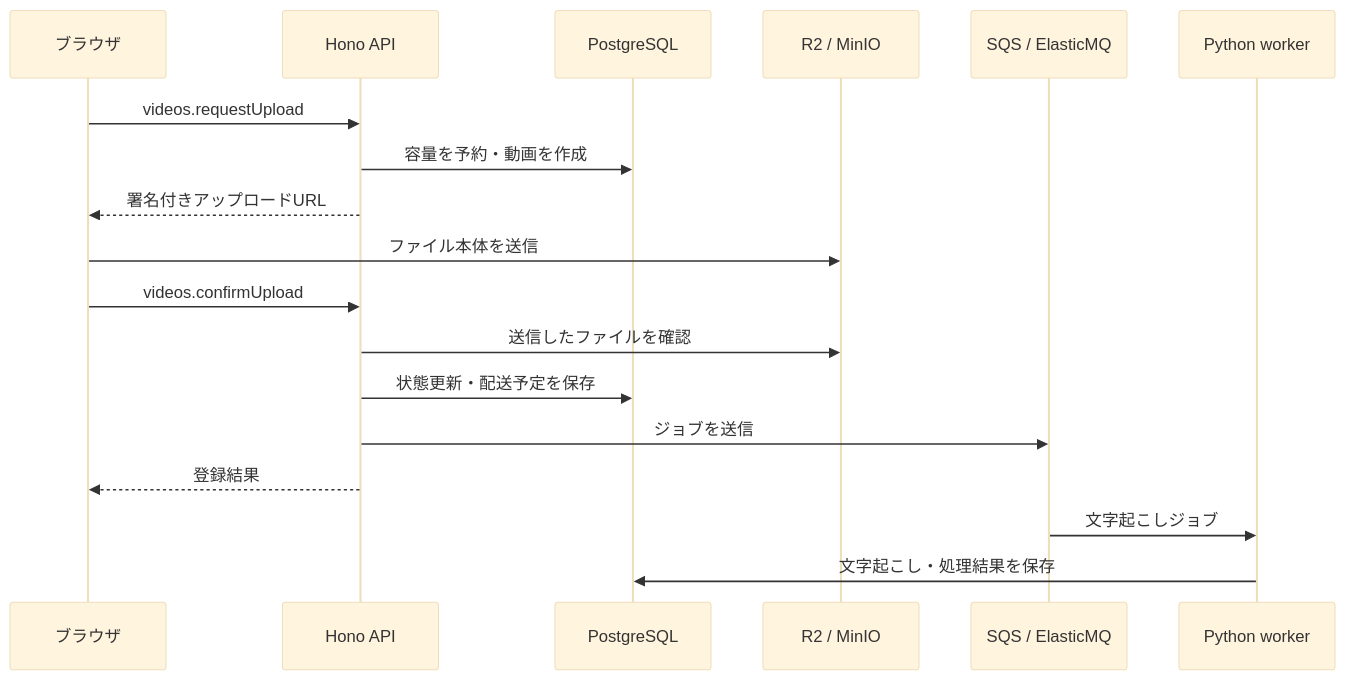
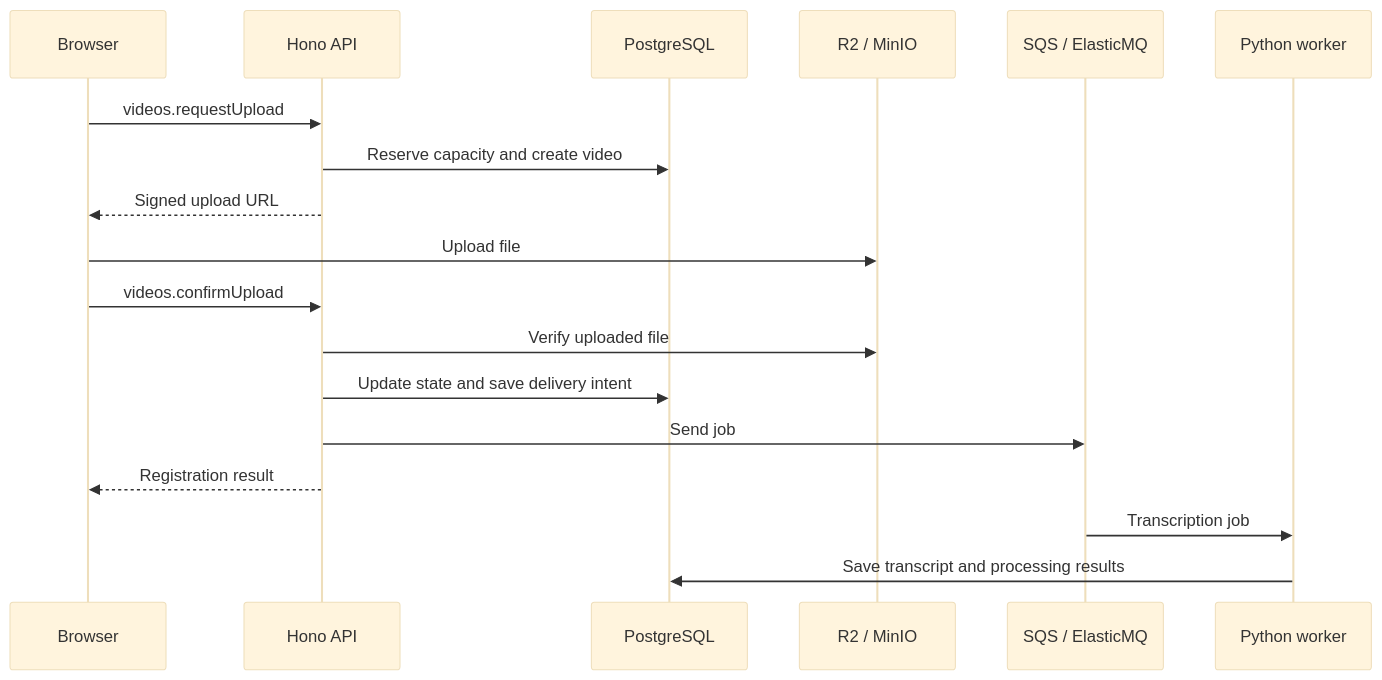
Before and after one commit to yukiharada1228/videoq: the first of 3 diagrams in docs/design/sequence-diagram.md, drawn with Mermaid (base theme). The commit also changed other lines of this file and 79 other files, not shown here.

````diff
--- a/docs/design/sequence-diagram.md
+++ b/docs/design/sequence-diagram.md
@@ -12,20 +12,20 @@
 ```mermaid
 sequenceDiagram
-    participant User as ブラウザ
+    participant User as Browser
     participant API as Hono API
     participant DB as PostgreSQL
     participant Store as R2 / MinIO
     participant Queue as SQS / ElasticMQ
     participant Worker as Python worker
     User->>API: videos.requestUpload
-    API->>DB: 容量を予約・動画を作成
-    API-->>User: 署名付きアップロードURL
-    User->>Store: ファイル本体を送信
+    API->>DB: Reserve capacity and create video
+    API-->>User: Signed upload URL
+    User->>Store: Upload file
     User->>API: videos.confirmUpload
-    API->>Store: 送信したファイルを確認
-    API->>DB: 状態更新・配送予定を保存
-    API->>Queue: ジョブを送信
-    API-->>User: 登録結果
-    Queue->>Worker: 文字起こしジョブ
-    Worker->>DB: 文字起こし・処理結果を保存
+    API->>Store: Verify uploaded file
+    API->>DB: Update state and save delivery intent
+    API->>Queue: Send job
+    API-->>User: Registration result
+    Queue->>Worker: Transcription job
+    Worker->>DB: Save transcript and processing results
 ```
````
